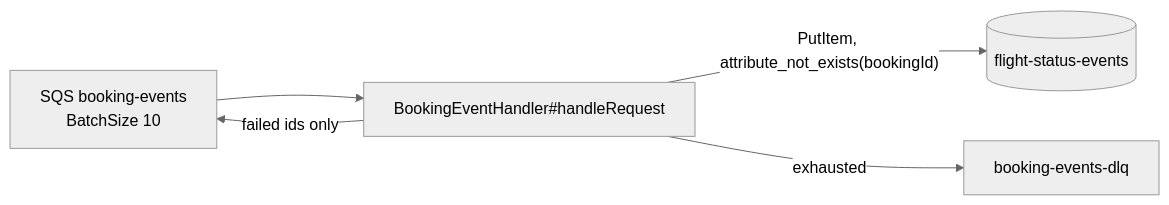
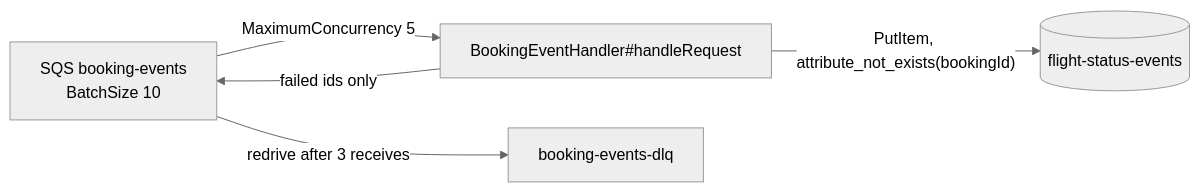
Before and after one commit to smit-lakhani-13/flight-ops-services: the seventh of 7 diagrams in ARCHITECTURE.md, drawn with Mermaid (neutral theme). The commit also changed other lines of this file and 6 other files, not shown here.

First line of the commit message:
Bring the architecture notes, review notes and ADRs up to date

````diff
--- a/ARCHITECTURE.md
+++ b/ARCHITECTURE.md
@@ -442,7 +496,7 @@
 ```mermaid
 flowchart LR
-    q["SQS booking-events<br/>BatchSize 10"] --> h["BookingEventHandler#handleRequest"]
+    q["SQS booking-events<br/>BatchSize 10"] -->|"MaximumConcurrency 5"| h["BookingEventHandler#handleRequest"]
     h -->|"PutItem, attribute_not_exists(bookingId)"| d[("flight-status-events")]
     h -->|"failed ids only"| q
-    h -->|"exhausted"| dlq["booking-events-dlq"]
+    q -->|"redrive after 3 receives"| dlq["booking-events-dlq"]
 ```
````
